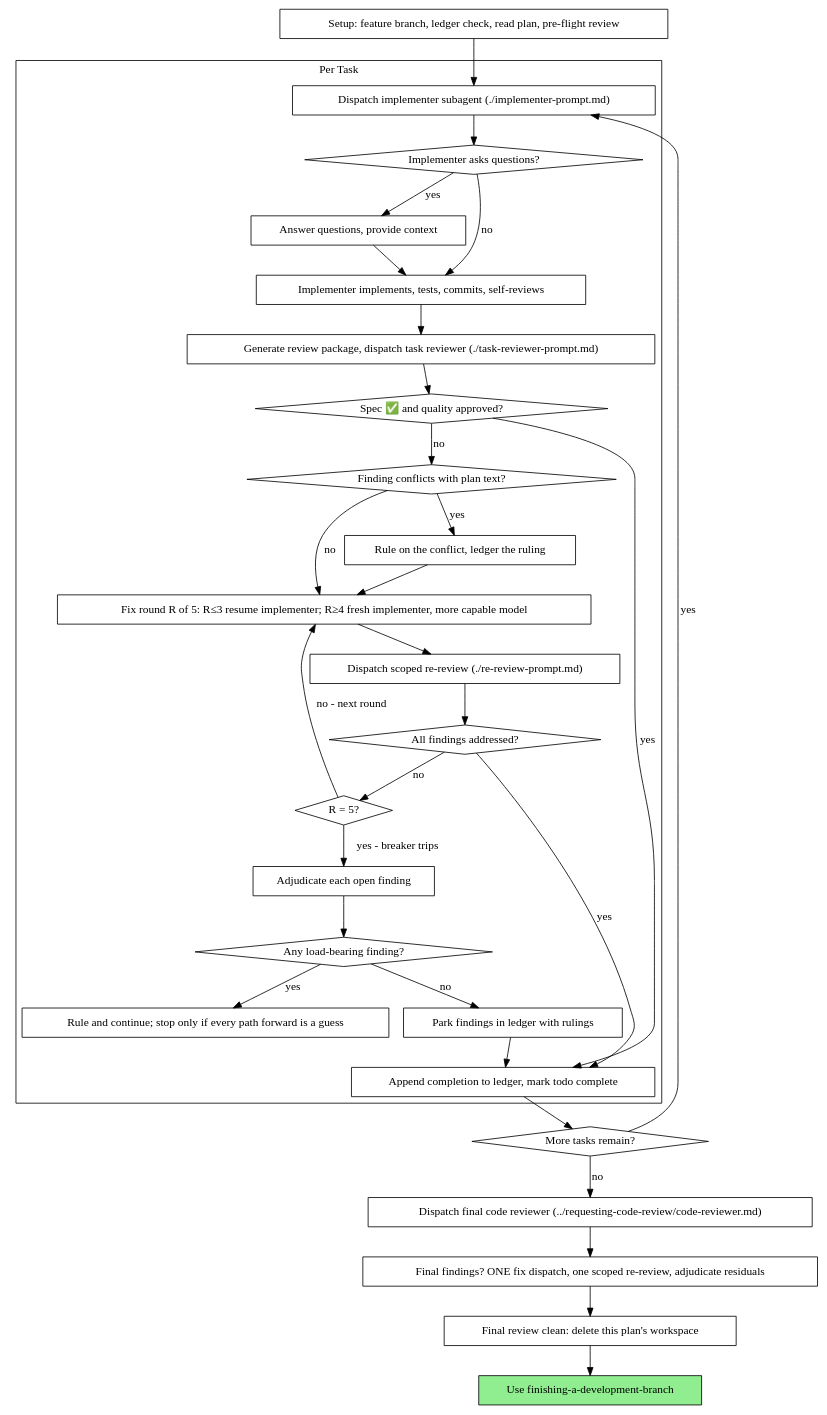
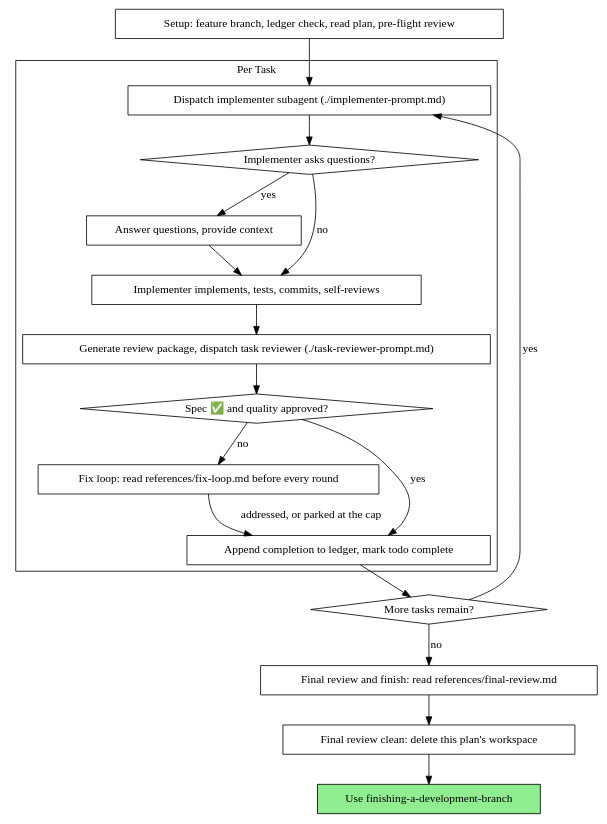
Before and after one commit to ramuzes/skills: the second of 2 diagrams in skills/subagent-driven-development/SKILL.md, drawn with Graphviz. The commit also changed other lines of this file and 13 other files, not shown here.

````diff
--- a/skills/subagent-driven-development/SKILL.md
+++ b/skills/subagent-driven-development/SKILL.md
@@ -53,62 +53,39 @@
 ```dot
 digraph process {
     rankdir=TB;
 
     subgraph cluster_per_task {
         label="Per Task";
         "Dispatch implementer subagent (./implementer-prompt.md)" [shape=box];
         "Implementer asks questions?" [shape=diamond];
         "Answer questions, provide context" [shape=box];
         "Implementer implements, tests, commits, self-reviews" [shape=box];
         "Generate review package, dispatch task reviewer (./task-reviewer-prompt.md)" [shape=box];
         "Spec ✅ and quality approved?" [shape=diamond];
-        "Finding conflicts with plan text?" [shape=diamond];
-        "Rule on the conflict, ledger the ruling" [shape=box];
-        "Fix round R of 5: R≤3 resume implementer; R≥4 fresh implementer, more capable model" [shape=box];
-        "Dispatch scoped re-review (./re-review-prompt.md)" [shape=box];
-        "All findings addressed?" [shape=diamond];
-        "R = 5?" [shape=diamond];
-        "Adjudicate each open finding" [shape=box];
-        "Any load-bearing finding?" [shape=diamond];
-        "Rule and continue; stop only if every path forward is a guess" [shape=box];
-        "Park findings in ledger with rulings" [shape=box];
+        "Fix loop: read references/fix-loop.md before every round" [shape=box];
         "Append completion to ledger, mark todo complete" [shape=box];
     }
 
     "Setup: feature branch, ledger check, read plan, pre-flight review" [shape=box];
     "More tasks remain?" [shape=diamond];
-    "Dispatch final code reviewer (../requesting-code-review/code-reviewer.md)" [shape=box];
-    "Final findings? ONE fix dispatch, one scoped re-review, adjudicate residuals" [shape=box];
+    "Final review and finish: read references/final-review.md" [shape=box];
     "Final review clean: delete this plan's workspace" [shape=box];
     "Use finishing-a-development-branch" [shape=box style=filled fillcolor=lightgreen];
 
     "Setup: feature branch, ledger check, read plan, pre-flight review" -> "Dispatch implementer subagent (./implementer-prompt.md)";
     "Dispatch implementer subagent (./implementer-prompt.md)" -> "Implementer asks questions?";
     "Implementer asks questions?" -> "Answer questions, provide context" [label="yes"];
     "Answer questions, provide context" -> "Implementer implements, tests, commits, self-reviews";
     "Implementer asks questions?" -> "Implementer implements, tests, commits, self-reviews" [label="no"];
     "Implementer implements, tests, commits, self-reviews" -> "Generate review package, dispatch task reviewer (./task-reviewer-prompt.md)";
     "Generate review package, dispatch task reviewer (./task-reviewer-prompt.md)" -> "Spec ✅ and quality approved?";
     "Spec ✅ and quality approved?" -> "Append completion to ledger, mark todo complete" [label="yes"];
-    "Spec ✅ and quality approved?" -> "Finding conflicts with plan text?" [label="no"];
-    "Finding conflicts with plan text?" -> "Rule on the conflict, ledger the ruling" [label="yes"];
-    "Rule on the conflict, ledger the ruling" -> "Fix round R of 5: R≤3 resume implementer; R≥4 fresh implementer, more capable model";
-    "Finding conflicts with plan text?" -> "Fix round R of 5: R≤3 resume implementer; R≥4 fresh implementer, more capable model" [label="no"];
-    "Fix round R of 5: R≤3 resume implementer; R≥4 fresh implementer, more capable model" -> "Dispatch scoped re-review (./re-review-prompt.md)";
-    "Dispatch scoped re-review (./re-review-prompt.md)" -> "All findings addressed?";
-    "All findings addressed?" -> "Append completion to ledger, mark todo complete" [label="yes"];
-    "All findings addressed?" -> "R = 5?" [label="no"];
-    "R = 5?" -> "Fix round R of 5: R≤3 resume implementer; R≥4 fresh implementer, more capable model" [label="no - next round"];
-    "R = 5?" -> "Adjudicate each open finding" [label="yes - breaker trips"];
-    "Adjudicate each open finding" -> "Any load-bearing finding?";
-    "Any load-bearing finding?" -> "Rule and continue; stop only if every path forward is a guess" [label="yes"];
-    "Any load-bearing finding?" -> "Park findings in ledger with rulings" [label="no"];
-    "Park findings in ledger with rulings" -> "Append completion to ledger, mark todo complete";
+    "Spec ✅ and quality approved?" -> "Fix loop: read references/fix-loop.md before every round" [label="no"];
+    "Fix loop: read references/fix-loop.md before every round" -> "Append completion to ledger, mark todo complete" [label="addressed, or parked at the cap"];
     "Append completion to ledger, mark todo complete" -> "More tasks remain?";
     "More tasks remain?" -> "Dispatch implementer subagent (./implementer-prompt.md)" [label="yes"];
-    "More tasks remain?" -> "Dispatch final code reviewer (../requesting-code-review/code-reviewer.md)" [label="no"];
-    "Dispatch final code reviewer (../requesting-code-review/code-reviewer.md)" -> "Final findings? ONE fix dispatch, one scoped re-review, adjudicate residuals";
-    "Final findings? ONE fix dispatch, one scoped re-review, adjudicate residuals" -> "Final review clean: delete this plan's workspace";
+    "More tasks remain?" -> "Final review and finish: read references/final-review.md" [label="no"];
+    "Final review and finish: read references/final-review.md" -> "Final review clean: delete this plan's workspace";
     "Final review clean: delete this plan's workspace" -> "Use finishing-a-development-branch";
 }
 ```
````
